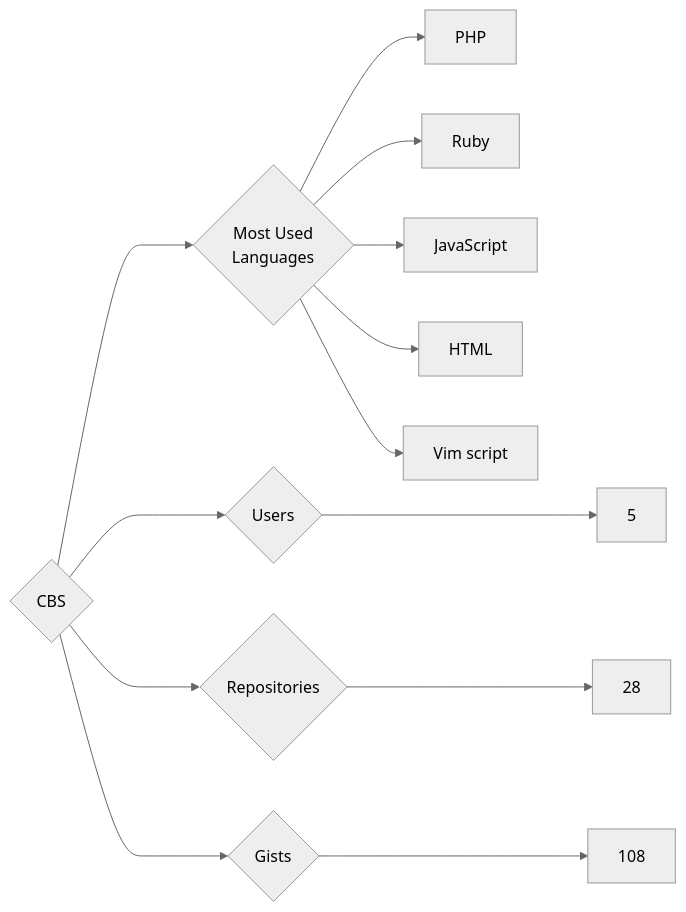
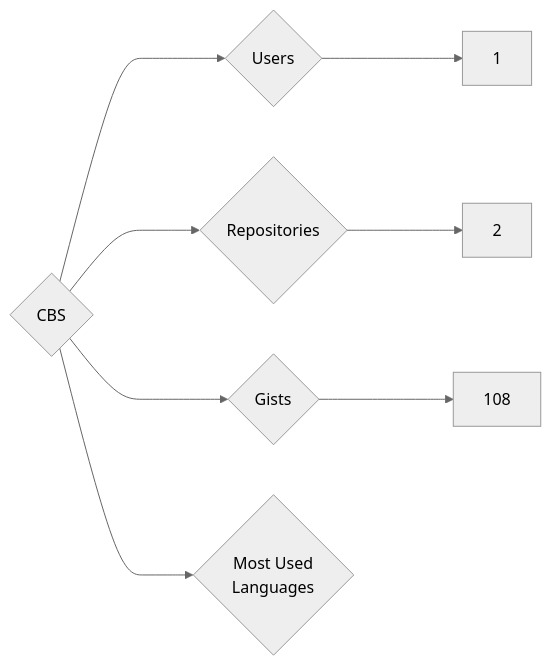
The diagram in targets/CBS/README.md (trickest/insiders), drawn with Mermaid (neutral theme) before and after one commit. The commit also changed 736 other files, not shown here.

````diff
--- a/targets/CBS/README.md
+++ b/targets/CBS/README.md
@@ -3,13 +3,8 @@
 ```mermaid
 graph LR
 COMPANY_NAME{CBS}
-COMPANY_NAME ---> U{Users} ---> UN[5]
-COMPANY_NAME ---> R{Repositories} ---> RN[28]
+COMPANY_NAME ---> U{Users} ---> UN[1]
+COMPANY_NAME ---> R{Repositories} ---> RN[2]
 COMPANY_NAME ---> G{Gists} ---> GN[108]
 COMPANY_NAME ---> ML{Most Used<br>Languages}
-ML --> PHP[PHP]
-ML --> Ruby[Ruby]
-ML --> JavaScript[JavaScript]
-ML --> HTML[HTML]
-ML --> Vim_script[Vim script]
 ```
````
